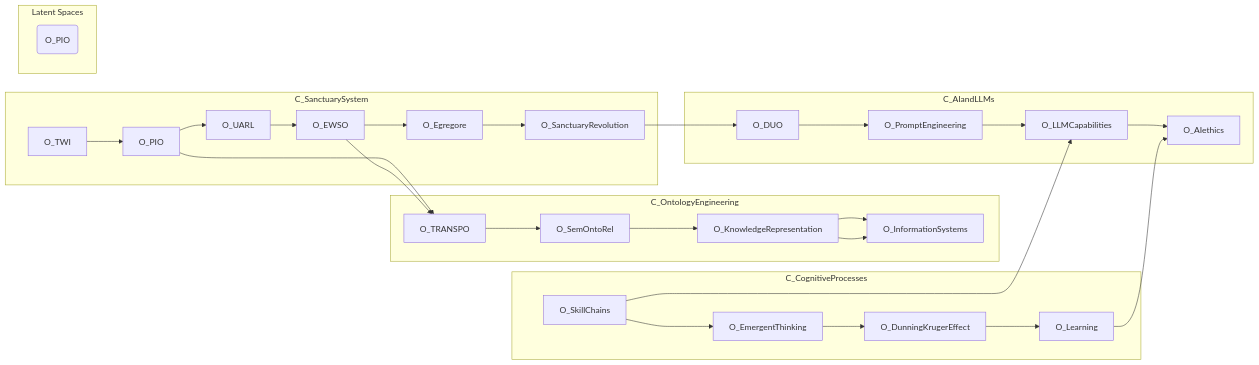
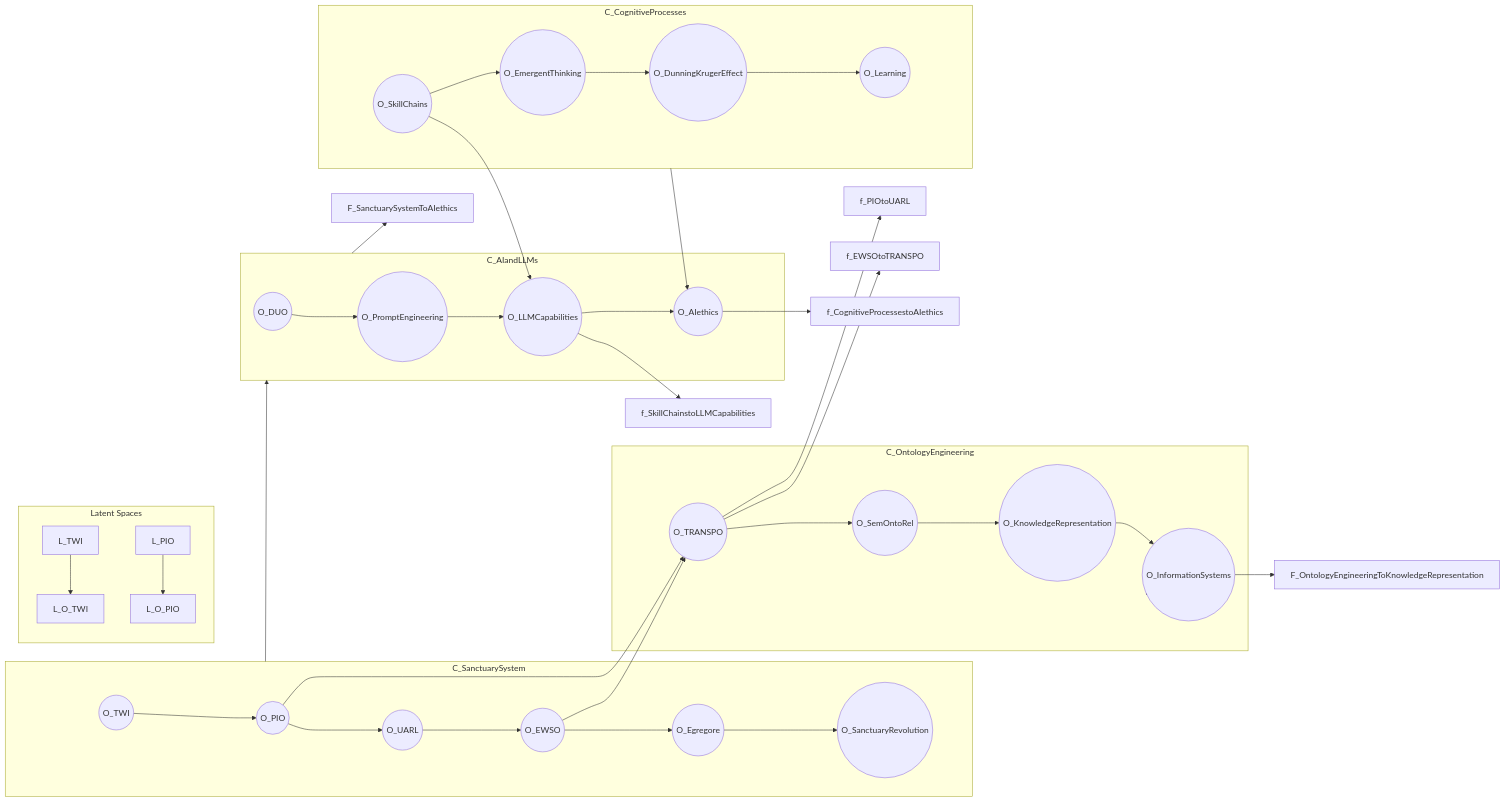
Before and after one commit to sancovp/the_sanctuary_system: the diagram in tss_overview.mermaid, drawn with Mermaid.

```diff
--- a/tss_overview.mermaid
+++ b/tss_overview.mermaid
@@ -1,39 +1,39 @@
-graph LR
-  subgraph C_SanctuarySystem
-    O_TWI --> O_PIO
-    O_PIO --> O_UARL
-    O_UARL --> O_EWSO
-    O_EWSO --> O_Egregore
-    O_Egregore --> O_SanctuaryRevolution
+  graph LR
+  subgraph SanctuarySystem["C_SanctuarySystem"]
+    TWI((O_TWI)) --> PIO((O_PIO))
+    PIO --> UARL((O_UARL))
+    UARL --> EWSO((O_EWSO))
+    EWSO --> Egregore((O_Egregore))
+    Egregore --> SanctuaryRevolution((O_SanctuaryRevolution))
   end
 
-  subgraph C_OntologyEngineering
-    O_TRANSPO --> O_SemOntoRel
-    O_SemOntoRel --> O_KnowledgeRepresentation
-    O_KnowledgeRepresentation --> O_InformationSystems
+  subgraph OntologyEngineering["C_OntologyEngineering"]
+    TRANSPO((O_TRANSPO)) --> SemOntoRel((O_SemOntoRel))
+    SemOntoRel --> KnowledgeRepresentation((O_KnowledgeRepresentation))
+    KnowledgeRepresentation --> InformationSystems((O_InformationSystems))
   end
 
-  subgraph C_CognitiveProcesses
-    O_SkillChains --> O_EmergentThinking
-    O_EmergentThinking --> O_DunningKrugerEffect
-    O_DunningKrugerEffect --> O_Learning 
+  subgraph CognitiveProcesses["C_CognitiveProcesses"]
+    SkillChains((O_SkillChains)) --> EmergentThinking((O_EmergentThinking))
+    EmergentThinking --> DunningKrugerEffect((O_DunningKrugerEffect))
+    DunningKrugerEffect --> Learning((O_Learning)) 
   end 
 
-  subgraph C_AIandLLMs
-    O_DUO --> O_PromptEngineering
-    O_PromptEngineering --> O_LLMCapabilities
-    O_LLMCapabilities --> O_AIethics
+  subgraph AIandLLMs["C_AIandLLMs"]
+    DUO((O_DUO)) --> PromptEngineering((O_PromptEngineering))
+    PromptEngineering --> LLMCapabilities((O_LLMCapabilities))
+    LLMCapabilities --> AIethics((O_AIethics))
   end
 
-  O_PIO --> O_TRANSPO
-  O_EWSO --> O_TRANSPO
-  O_SkillChains --> O_LLMCapabilities
-  O_Learning --> O_AIethics
+  PIO --> TRANSPO --> f_PIOtoUARL
+  EWSO --> TRANSPO --> f_EWSOtoTRANSPO
+  SkillChains --> LLMCapabilities --> f_SkillChainstoLLMCapabilities
+  CognitiveProcesses --> AIethics --> f_CognitiveProcessestoAIethics
 
   subgraph "Latent Spaces"
-    L(O_TWI)
-    L(O_PIO)
+    L_TWI --> L_O_TWI
+    L_PIO --> L_O_PIO
   end
 
-  O_SanctuaryRevolution --> O_DUO
-  O_KnowledgeRepresentation --> O_InformationSystems
+  SanctuarySystem --> AIandLLMs --> F_SanctuarySystemToAIethics
+  OntologyEngineering --> InformationSystems --> F_OntologyEngineeringToKnowledgeRepresentation
```
